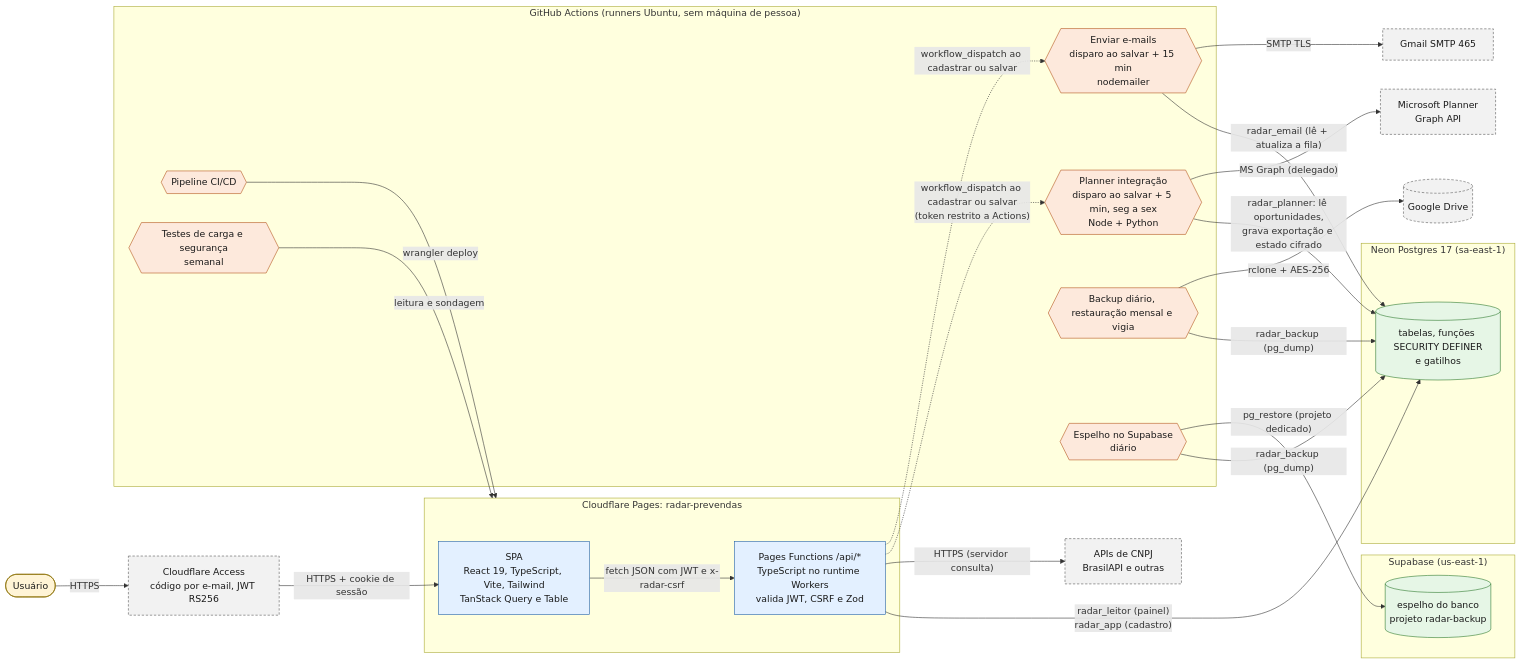
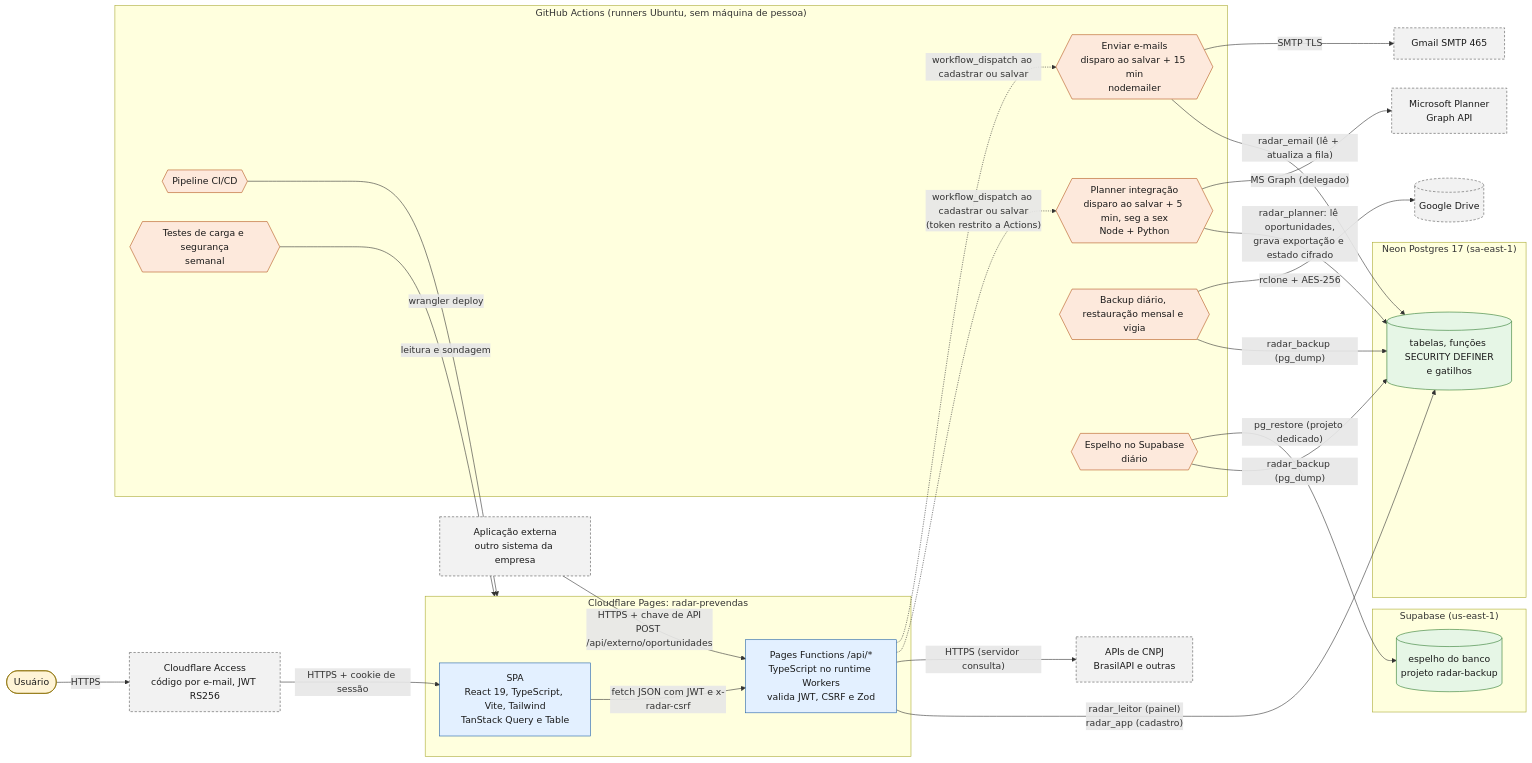
Before and after one commit to agentanalisedegoverno-svg/dashboard-metrics-team: the third of 22 diagrams in docs/DIAGRAMAS.md, drawn with Mermaid. The commit also changed other lines of this file and 12 other files, not shown here.

Commit message:
docs: API externa nos diagramas (D1, D2, D4, D17, D18, D19), arquitetura, operação, roadmap e cadastro

````diff
--- a/docs/DIAGRAMAS.md
+++ b/docs/DIAGRAMAS.md
@@ -98,55 +100,57 @@
 ```mermaid
 flowchart LR
   classDef pessoa fill:#fff4d6,stroke:#8a6d00,color:#1a1a1a
   classDef interno fill:#e3f0ff,stroke:#1f5fa8,color:#1a1a1a
   classDef externo fill:#f2f2f2,stroke:#555555,stroke-dasharray:4 3,color:#1a1a1a
   classDef dados fill:#e6f6e6,stroke:#2d7a2d,color:#1a1a1a
   classDef agenda fill:#fde9dc,stroke:#b4561d,color:#1a1a1a
 
   U(["Usuário"]):::pessoa
   ACC["Cloudflare Access<br/>código por e-mail, JWT RS256"]:::externo
 
   subgraph cf["Cloudflare Pages: radar-prevendas"]
     SPA["SPA<br/>React 19, TypeScript, Vite, Tailwind<br/>TanStack Query e Table"]:::interno
     API["Pages Functions /api/*<br/>TypeScript no runtime Workers<br/>valida JWT, CSRF e Zod"]:::interno
   end
 
   subgraph neon["Neon Postgres 17 (sa-east-1)"]
     DB[("tabelas, funções SECURITY DEFINER<br/>e gatilhos")]:::dados
   end
 
   subgraph gh["GitHub Actions (runners Ubuntu, sem máquina de pessoa)"]
     PLN{{"Planner integração<br/>disparo ao salvar + 5 min, seg a sex<br/>Node + Python"}}:::agenda
     MAIL{{"Enviar e-mails<br/>disparo ao salvar + 15 min<br/>nodemailer"}}:::agenda
     WF{{"Pipeline CI/CD"}}:::agenda
     BKP{{"Backup diário, restauração mensal e vigia"}}:::agenda
     ESP{{"Espelho no Supabase<br/>diário"}}:::agenda
     NF{{"Testes de carga e segurança<br/>semanal"}}:::agenda
   end
 
   subgraph sb["Supabase (us-east-1)"]
     DB2[("espelho do banco<br/>projeto radar-backup")]:::dados
   end
 
   PL["Microsoft Planner<br/>Graph API"]:::externo
+  EXA["Aplicação externa<br/>outro sistema da empresa"]:::externo
   GM["Gmail SMTP 465"]:::externo
   RC["APIs de CNPJ<br/>BrasilAPI e outras"]:::externo
   DRV[("Google Drive")]:::externo
 
   U -->|"HTTPS"| ACC -->|"HTTPS + cookie de sessão"| SPA
   SPA -->|"fetch JSON com JWT e x-radar-csrf"| API
   API -->|"radar_leitor (painel)<br/>radar_app (cadastro)"| DB
   API -->|"HTTPS (servidor consulta)"| RC
+  EXA -->|"HTTPS + chave de API<br/>POST /api/externo/oportunidades"| API
   API -.->|"workflow_dispatch ao cadastrar ou salvar<br/>(token restrito a Actions)"| PLN
   API -.->|"workflow_dispatch ao cadastrar ou salvar"| MAIL
   PLN -->|"radar_planner: lê oportunidades,<br/>grava exportação e estado cifrado"| DB
   PLN -->|"MS Graph (delegado)"| PL
   MAIL -->|"radar_email (lê + atualiza a fila)"| DB
   MAIL -->|"SMTP TLS"| GM
   BKP -->|"radar_backup (pg_dump)"| DB
   BKP -->|"rclone + AES-256"| DRV
   ESP -->|"radar_backup (pg_dump)"| DB
   ESP -->|"pg_restore (projeto dedicado)"| DB2
   WF -->|"wrangler deploy"| cf
   NF -->|"leitura e sondagem"| cf
 ```
````
